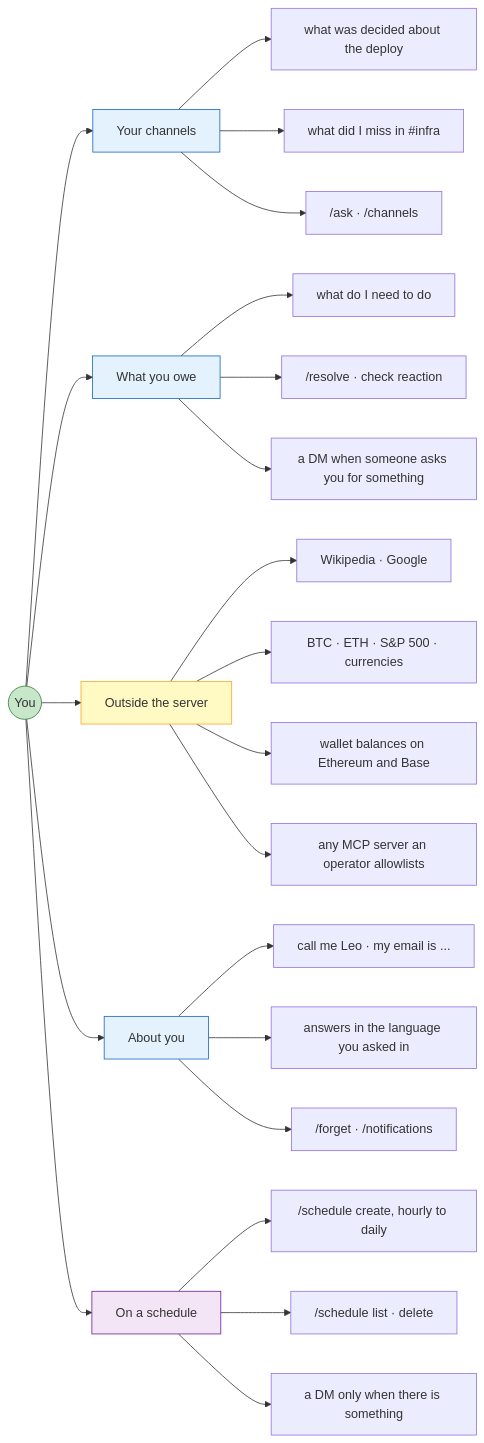
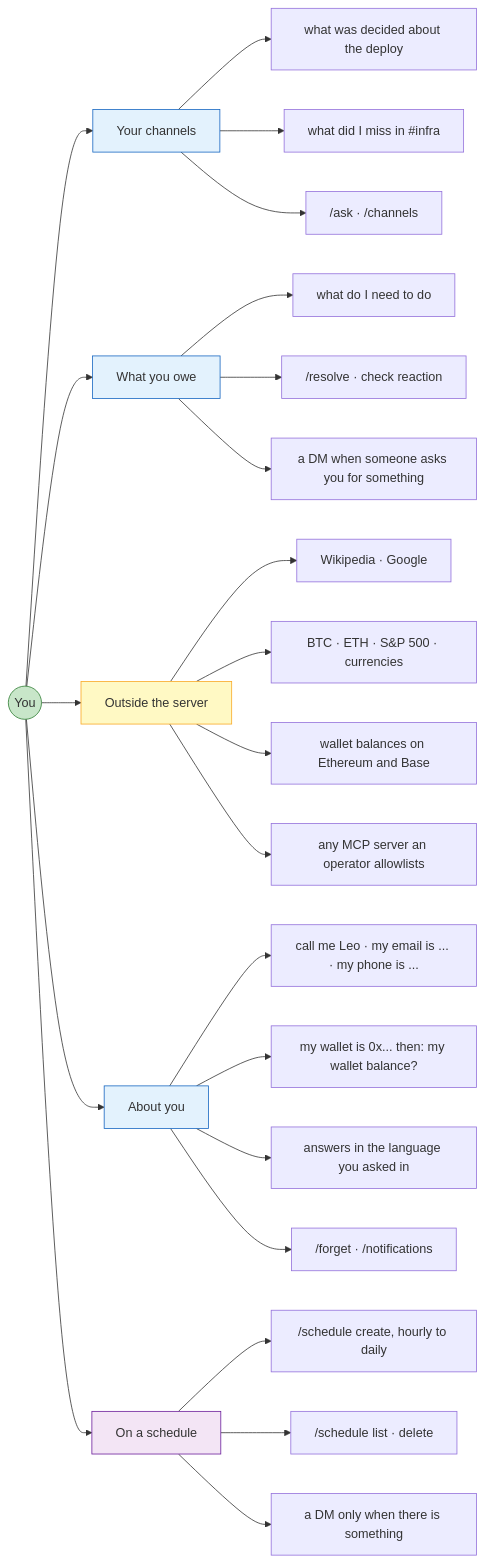
One commit to CyberdyneCorp/CyberFriend changed the first of 3 diagrams in README.md. Above: the diagram before and after it, drawn with Mermaid. The commit also changed other lines of this file and 22 other files, not shown here.

````diff
--- a/README.md
+++ b/README.md
@@ -36,37 +37,38 @@
 ```mermaid
 graph LR
     P(("You"))
 
     P --> CORPUS["Your channels"]
     CORPUS --> C1["what was decided about the deploy"]
     CORPUS --> C2["what did I miss in #infra"]
     CORPUS --> C3["/ask &middot; /channels"]
 
     P --> OWED["What you owe"]
     OWED --> O1["what do I need to do"]
     OWED --> O2["/resolve &middot; check reaction"]
     OWED --> O3["a DM when someone asks you for something"]
 
     P --> OUT["Outside the server"]
     OUT --> X1["Wikipedia &middot; Google"]
     OUT --> X2["BTC &middot; ETH &middot; S&P 500 &middot; currencies"]
     OUT --> X3["wallet balances on Ethereum and Base"]
     OUT --> X4["any MCP server an operator allowlists"]
 
     P --> YOU["About you"]
-    YOU --> Y1["call me Leo &middot; my email is ..."]
-    YOU --> Y2["answers in the language you asked in"]
-    YOU --> Y3["/forget &middot; /notifications"]
+    YOU --> Y1["call me Leo &middot; my email is ... &middot; my phone is ..."]
+    YOU --> Y2["my wallet is 0x... then: my wallet balance?"]
+    YOU --> Y3["answers in the language you asked in"]
+    YOU --> Y4["/forget &middot; /notifications"]
 
     P --> WHEN["On a schedule"]
     WHEN --> W1["/schedule create, hourly to daily"]
     WHEN --> W2["/schedule list &middot; delete"]
     WHEN --> W3["a DM only when there is something"]
 
     style P fill:#C8E6C9,stroke:#2E7D32
     style CORPUS fill:#E3F2FD,stroke:#1565C0
     style OWED fill:#E3F2FD,stroke:#1565C0
     style OUT fill:#FFF9C4,stroke:#F9A825
     style YOU fill:#E3F2FD,stroke:#1565C0
     style WHEN fill:#F3E5F5,stroke:#6A1B9A
 ```
````
